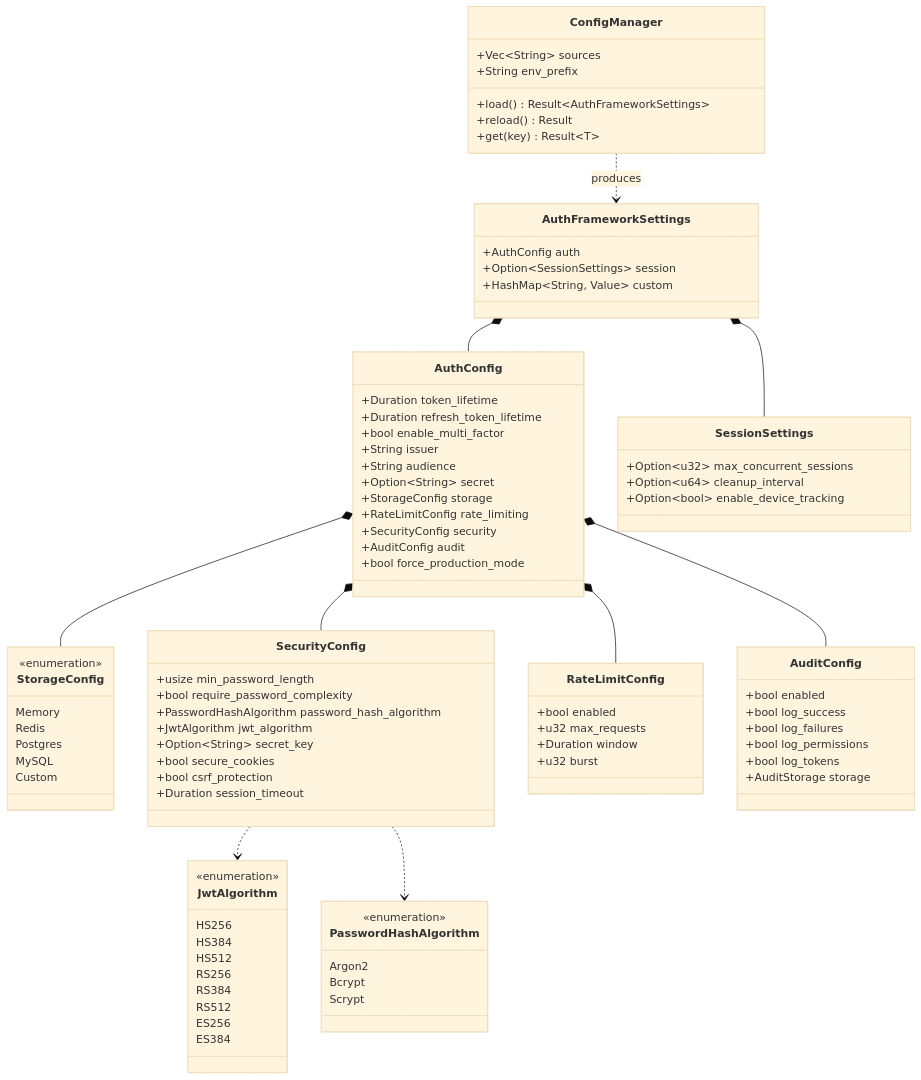
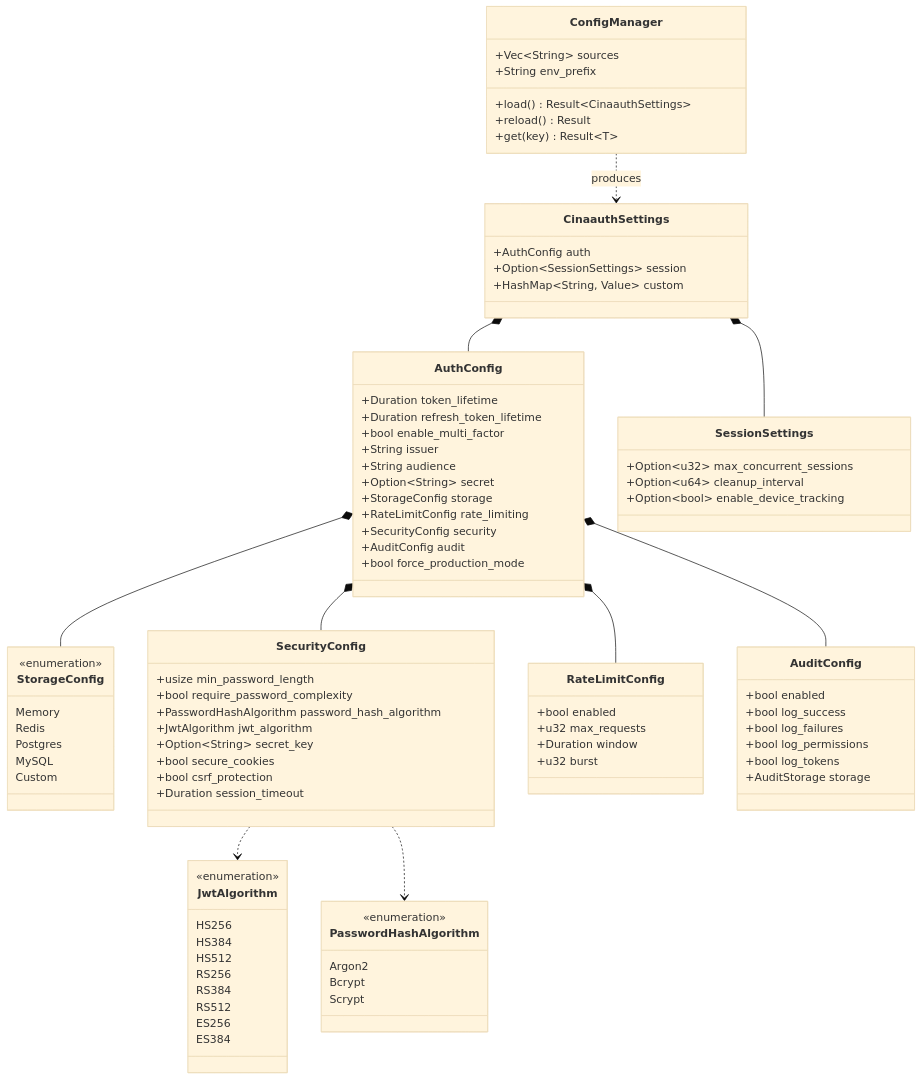
The diagram in docs/mermaid/02-config.md (cinagroup/cinaauth), drawn with Mermaid (base theme) before and after one commit. The commit also changed 331 other files, not shown here.

First line of the commit message:
rebrand: rename auth-framework to cinaauth

````diff
--- a/docs/mermaid/02-config.md
+++ b/docs/mermaid/02-config.md
@@ -71,11 +71,11 @@
     class ConfigManager {
         +Vec~String~ sources
         +String env_prefix
-        +load() Result~AuthFrameworkSettings~
+        +load() Result~CinaauthSettings~
         +reload() Result
         +get(key) Result~T~
     }
-    class AuthFrameworkSettings {
+    class CinaauthSettings {
         +AuthConfig auth
         +Option~SessionSettings~ session
         +HashMap~String, Value~ custom
@@ -92,7 +92,7 @@
     AuthConfig *-- StorageConfig
     SecurityConfig ..> JwtAlgorithm
     SecurityConfig ..> PasswordHashAlgorithm
-    AuthFrameworkSettings *-- AuthConfig
-    AuthFrameworkSettings *-- SessionSettings
-    ConfigManager ..> AuthFrameworkSettings : produces
+    CinaauthSettings *-- AuthConfig
+    CinaauthSettings *-- SessionSettings
+    ConfigManager ..> CinaauthSettings : produces
 ```
````
